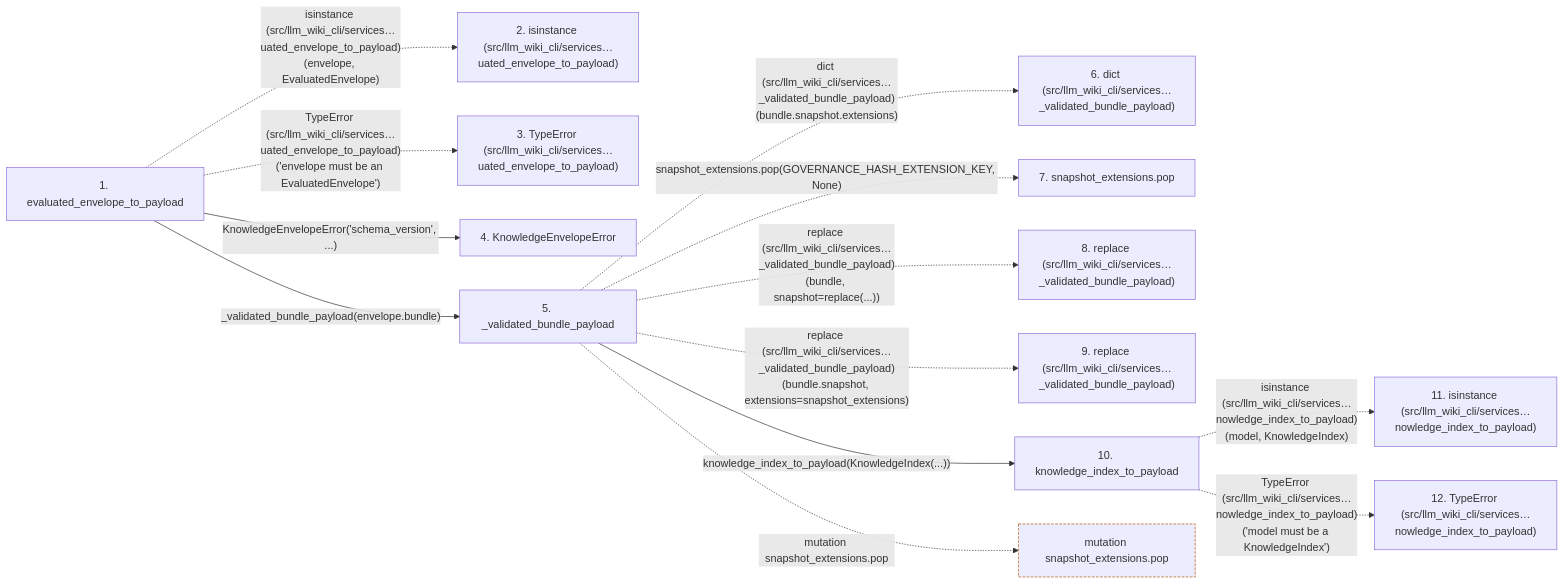
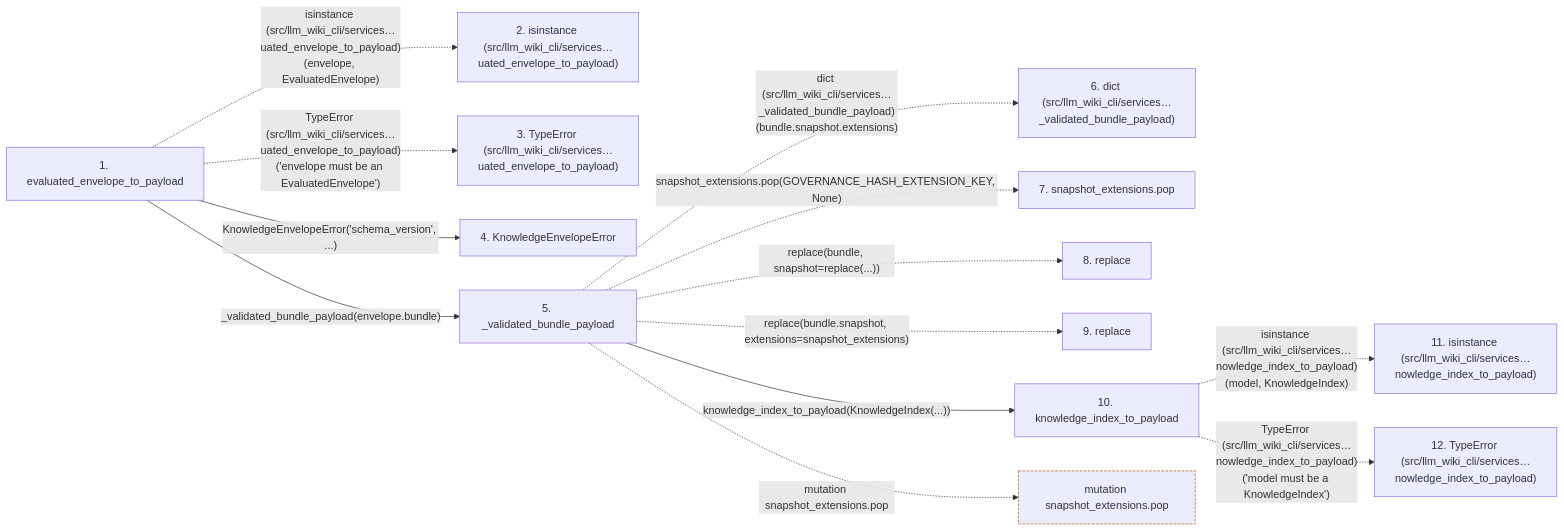
One commit to Denissvgn/python-wiki-llm changed the second of 2 diagrams in docs/llm_wiki/flows/api-evaluated_envelope_to_payload.md. Above: the diagram before and after it, drawn with Mermaid. The commit also changed other lines of this file and 1555 other files, not shown here.

````diff
--- a/docs/llm_wiki/flows/api-evaluated_envelope_to_payload.md
+++ b/docs/llm_wiki/flows/api-evaluated_envelope_to_payload.md
@@ -149,34 +143,34 @@
 ```mermaid
 flowchart LR
     s1["1. evaluated_envelope_to_payload"]
     s2["2. isinstance (src/llm_wiki_cli/services…uated_envelope_to_payload)"]
     s3["3. TypeError (src/llm_wiki_cli/services…uated_envelope_to_payload)"]
     s4["4. KnowledgeEnvelopeError"]
     s5["5. _validated_bundle_payload"]
     s6["6. dict (src/llm_wiki_cli/services…_validated_bundle_payload)"]
     s7["7. snapshot_extensions.pop"]
-    s8["8. replace (src/llm_wiki_cli/services…_validated_bundle_payload)"]
-    s9["9. replace (src/llm_wiki_cli/services…_validated_bundle_payload)"]
+    s8["8. replace"]
+    s9["9. replace"]
     s10["10. knowledge_index_to_payload"]
     s11["11. isinstance (src/llm_wiki_cli/services…nowledge_index_to_payload)"]
     s12["12. TypeError (src/llm_wiki_cli/services…nowledge_index_to_payload)"]
     s1 -. "isinstance (src/llm_wiki_cli/services…uated_envelope_to_payload)(envelope, EvaluatedEnvelope)" .-> s2
     s1 -. "TypeError (src/llm_wiki_cli/services…uated_envelope_to_payload)('envelope must be an EvaluatedEnvelope')" .-> s3
     s1 -->|"KnowledgeEnvelopeError('schema_version', ...)"| s4
     s1 -->|"_validated_bundle_payload(envelope.bundle)"| s5
     s5 -. "dict (src/llm_wiki_cli/services…_validated_bundle_payload)(bundle.snapshot.extensions)" .-> s6
     s5 -. "snapshot_extensions.pop(GOVERNANCE_HASH_EXTENSION_KEY, None)" .-> s7
-    s5 -. "replace (src/llm_wiki_cli/services…_validated_bundle_payload)(bundle, snapshot=replace(...))" .-> s8
-    s5 -. "replace (src/llm_wiki_cli/services…_validated_bundle_payload)(bundle.snapshot, extensions=snapshot_extensions)" .-> s9
+    s5 -. "replace(bundle, snapshot=replace(...))" .-> s8
+    s5 -. "replace(bundle.snapshot, extensions=snapshot_extensions)" .-> s9
     s5 -->|"knowledge_index_to_payload(KnowledgeIndex(...))"| s10
     s10 -. "isinstance (src/llm_wiki_cli/services…nowledge_index_to_payload)(model, KnowledgeIndex)" .-> s11
     s10 -. "TypeError (src/llm_wiki_cli/services…nowledge_index_to_payload)('model must be a KnowledgeIndex')" .-> s12
     b0["mutation snapshot_extensions.pop"]
     s5 -. "mutation snapshot_extensions.pop" .-> b0
     click s1 "../modules/knowledge_envelope.md"
     click s4 "../modules/knowledge_envelope.md"
     click s5 "../modules/knowledge_envelope.md"
     click s10 "../modules/knowledge_model.md"
     classDef boundary stroke:#b45309,stroke-dasharray: 4 2
     class b0 boundary
 ```
````
